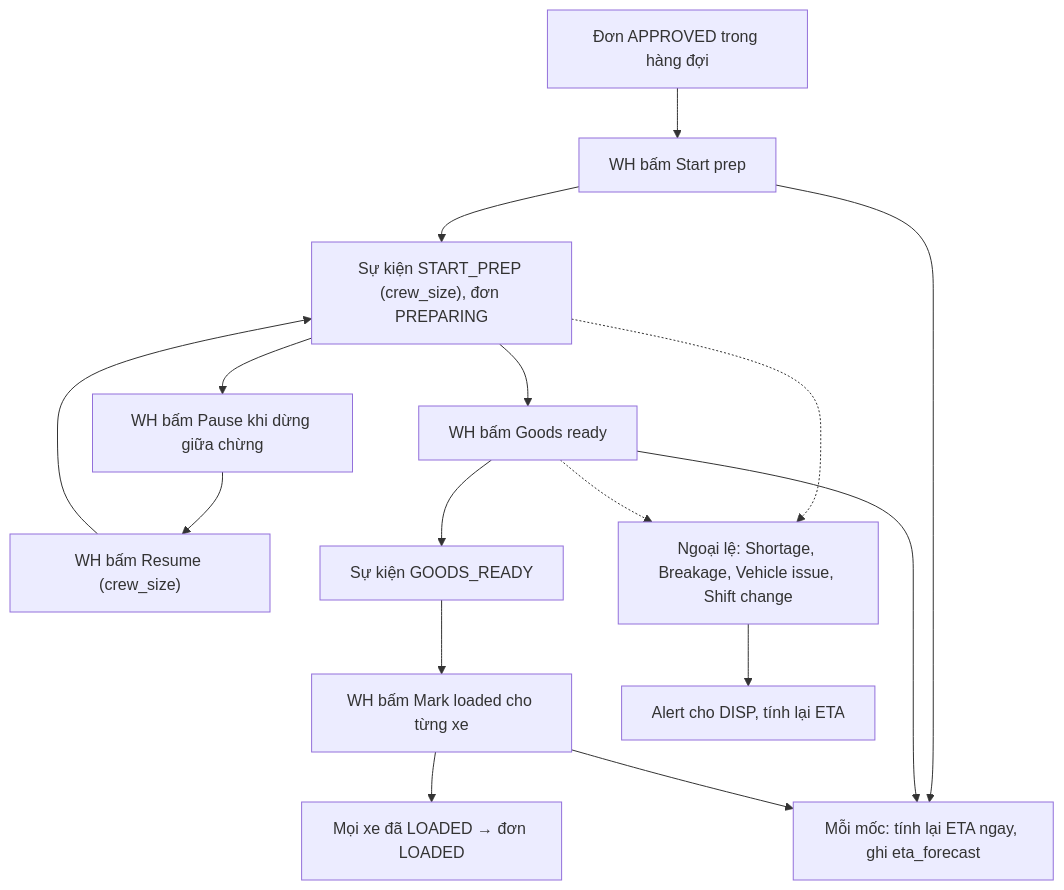
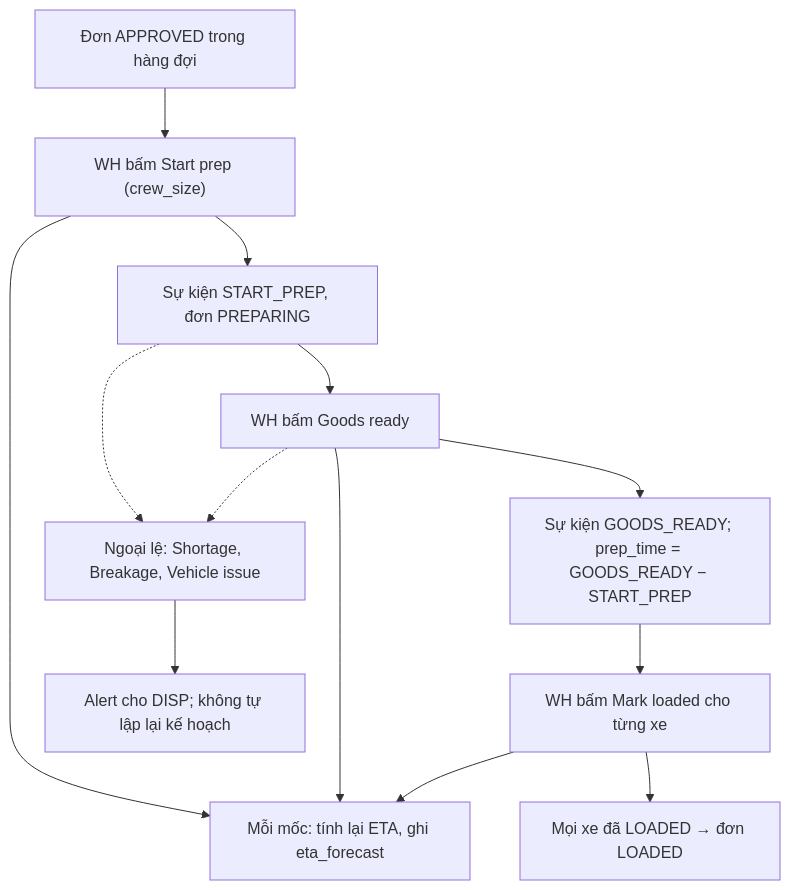
The seventh of 14 diagrams in docs/07_User_Flows.md (qaztyhn/cfo-itconsultant), drawn with Mermaid before and after one commit. The commit also changed other lines of this file and 9 other files, not shown here.

````diff
--- a/docs/07_User_Flows.md
+++ b/docs/07_User_Flows.md
@@ -221,16 +222,15 @@
 ```mermaid
 flowchart TD
-  A["Đơn APPROVED trong hàng đợi"] --> B["WH bấm Start prep"]
-  B --> C["Sự kiện START_PREP (crew_size), đơn PREPARING"]
-  C --> P1["WH bấm Pause khi dừng giữa chừng"] --> P2["WH bấm Resume (crew_size)"] --> C
+  A["Đơn APPROVED trong hàng đợi"] --> B["WH bấm Start prep (crew_size)"]
+  B --> C["Sự kiện START_PREP, đơn PREPARING"]
   C --> D["WH bấm Goods ready"]
-  D --> E["Sự kiện GOODS_READY"]
+  D --> E["Sự kiện GOODS_READY; prep_time = GOODS_READY − START_PREP"]
   E --> F["WH bấm Mark loaded cho từng xe"]
   F --> G["Mọi xe đã LOADED → đơn LOADED"]
-  C -.-> X["Ngoại lệ: Shortage, Breakage, Vehicle issue, Shift change"]
+  C -.-> X["Ngoại lệ: Shortage, Breakage, Vehicle issue"]
   D -.-> X
-  X --> Y["Alert cho DISP, tính lại ETA"]
-  B --> H["Mỗi mốc: tính lại ETA ngay, ghi eta_forecast"]
+  X --> Y["Alert cho DISP; không tự lập lại kế hoạch"]
+  B --> H["Mỗi mốc: tính lại ETA, ghi eta_forecast"]
   D --> H
   F --> H
 ```
````
